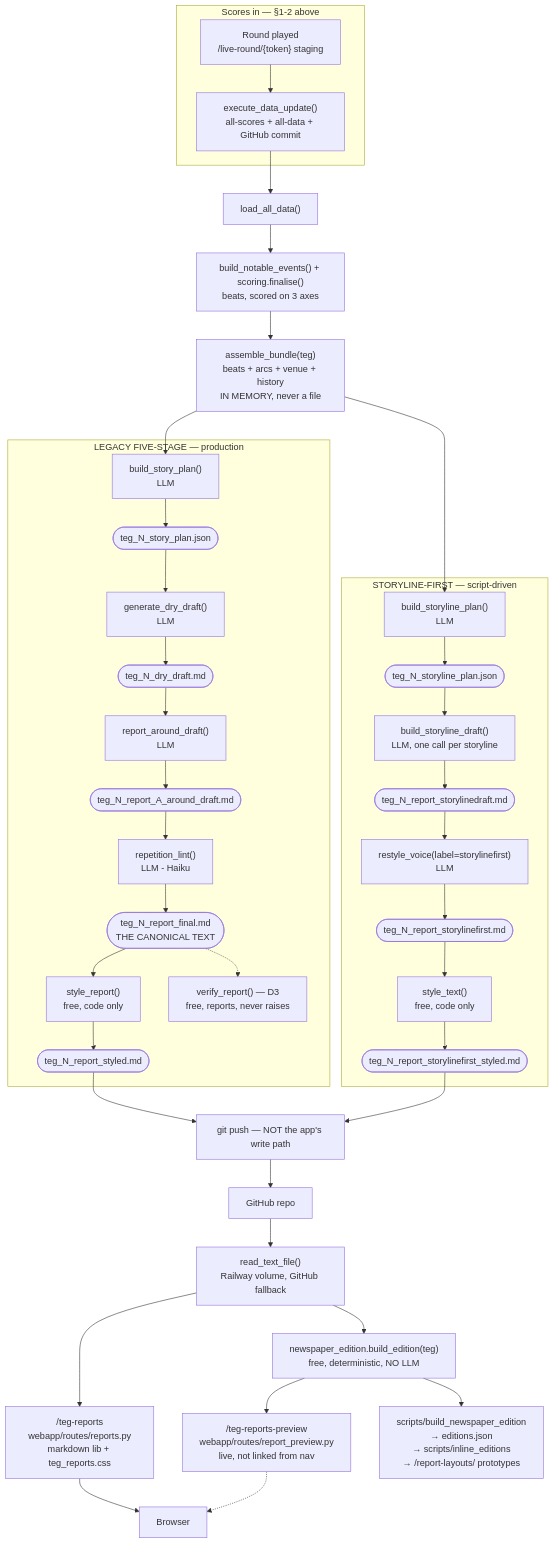
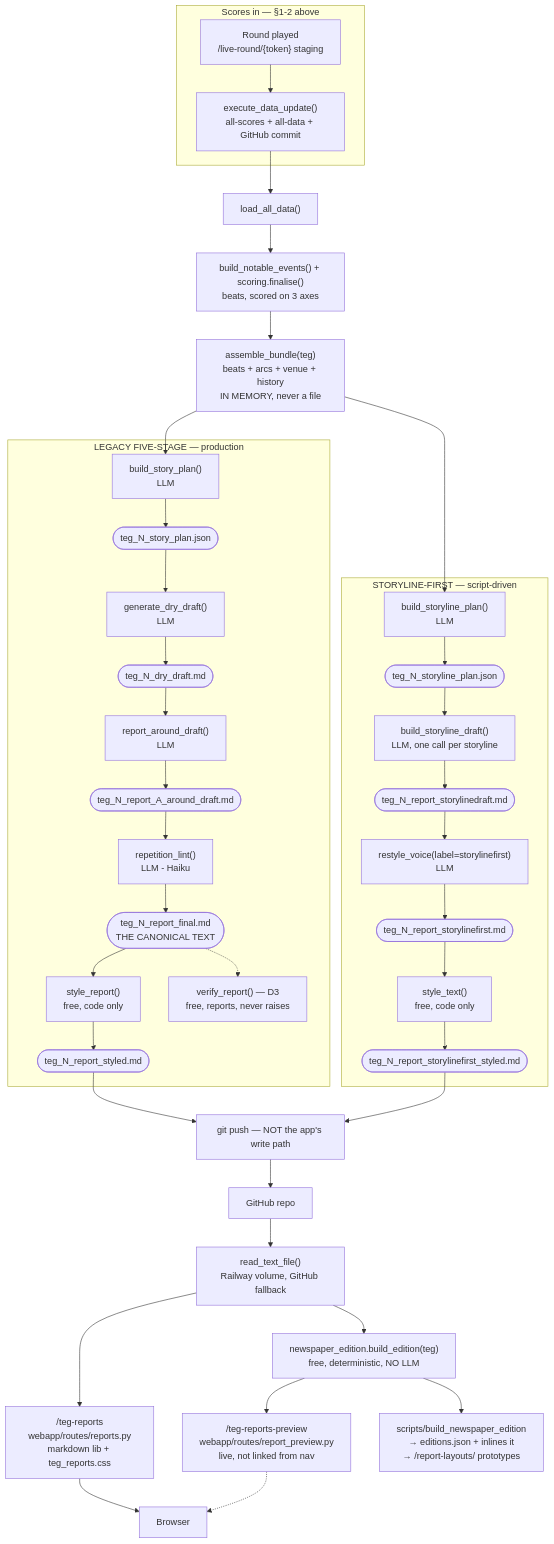
One commit to jonbaker99/teg_v2 changed the diagram in DATA_FLOW.md. Above: the diagram before and after it, drawn with Mermaid. The commit also changed other lines of this file and 3 other files, not shown here.

````diff
--- a/DATA_FLOW.md
+++ b/DATA_FLOW.md
@@ -355,43 +355,43 @@
 ```mermaid
 flowchart TD
     subgraph entry ["Scores in — §1-2 above"]
         A["Round played<br/>/live-round/{token} staging"] --> B["execute_data_update()<br/>all-scores + all-data + GitHub commit"]
     end
 
     B --> C["load_all_data()"]
     C --> D["build_notable_events() + scoring.finalise()<br/>beats, scored on 3 axes"]
     D --> E["assemble_bundle(teg)<br/>beats + arcs + venue + history<br/>IN MEMORY, never a file"]
 
     subgraph legacy ["LEGACY FIVE-STAGE — production"]
         L1["build_story_plan()<br/>LLM"] --> L1f(["teg_N_story_plan.json"])
         L1f --> L2["generate_dry_draft()<br/>LLM"] --> L2f(["teg_N_dry_draft.md"])
         L2f --> L3["report_around_draft()<br/>LLM"] --> L3f(["teg_N_report_A_around_draft.md"])
         L3f --> L4["repetition_lint()<br/>LLM - Haiku"] --> L4f(["teg_N_report_final.md<br/>THE CANONICAL TEXT"])
         L4f --> L5["style_report()<br/>free, code only"] --> L5f(["teg_N_report_styled.md"])
         L4f -.-> LV["verify_report() — D3<br/>free, reports, never raises"]
     end
 
     subgraph storyline ["STORYLINE-FIRST — script-driven"]
         S1["build_storyline_plan()<br/>LLM"] --> S1f(["teg_N_storyline_plan.json"])
         S1f --> S2["build_storyline_draft()<br/>LLM, one call per storyline"] --> S2f(["teg_N_report_storylinedraft.md"])
         S2f --> S3["restyle_voice(label=storylinefirst)<br/>LLM"] --> S3f(["teg_N_report_storylinefirst.md"])
         S3f --> S4["style_text()<br/>free, code only"] --> S4f(["teg_N_report_storylinefirst_styled.md"])
     end
 
     E --> L1
     E --> S1
 
     L5f --> P["git push — NOT the app's write path"]
     S4f --> P
     P --> G["GitHub repo"]
     G --> R["read_text_file()<br/>Railway volume, GitHub fallback"]
 
     R --> W1["/teg-reports<br/>webapp/routes/reports.py<br/>markdown lib + teg_reports.css"]
     R --> NE["newspaper_edition.build_edition(teg)<br/>free, deterministic, NO LLM"]
 
     NE --> W2["/teg-reports-preview<br/>webapp/routes/report_preview.py<br/>live, not linked from nav"]
-    NE --> PR["scripts/build_newspaper_edition<br/>→ editions.json<br/>→ scripts/inline_editions<br/>→ /report-layouts/ prototypes"]
+    NE --> PR["scripts/build_newspaper_edition<br/>→ editions.json + inlines it<br/>→ /report-layouts/ prototypes"]
 
     W1 --> BR["Browser"]
     W2 -.-> BR
 ```
````
